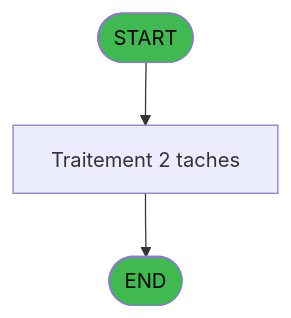
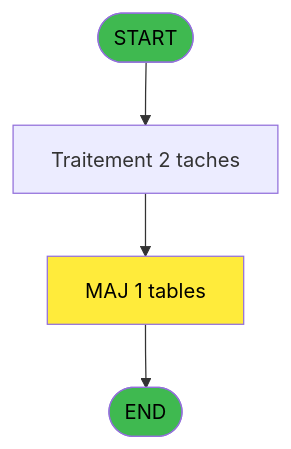
Before and after one commit to thonyAGP/lecteur-magic: the first of 3 diagrams in .openspec/specs/ADH-IDE-92.md, drawn with Mermaid. The commit also changed other lines of this file and 7552 other files, not shown here.

````diff
--- a/.openspec/specs/ADH-IDE-92.md
+++ b/.openspec/specs/ADH-IDE-92.md
@@ -77,9 +74,11 @@
 ```mermaid
 flowchart TD
     START([START])
     PROCESS[Traitement 2 taches]
+    WRITE[MAJ 1 tables]
+    START --> PROCESS --> WRITE --> ENDOK
     ENDOK([END])
-    START --> PROCESS --> ENDOK
     style START fill:#3fb950,color:#000
     style ENDOK fill:#3fb950,color:#000
+    style WRITE fill:#ffeb3b,color:#000
 ```
````
